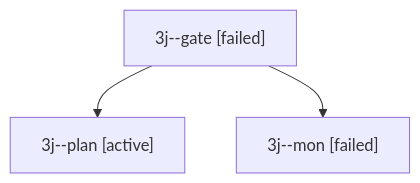
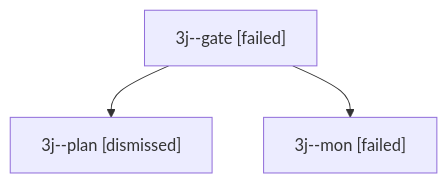
Before and after one commit to bobs-org/bob-cli--agents: the diagram in sessions/bbugyi200.apollo.3j.md, drawn with Mermaid. The commit also changed other lines of this file and 24 other files, not shown here.

````diff
--- a/sessions/bbugyi200.apollo.3j.md
+++ b/sessions/bbugyi200.apollo.3j.md
@@ -9,8 +9,8 @@
 ```mermaid
 flowchart TD
   n0["3j--gate [failed]"]
-  n1["3j--plan [active]"]
+  n1["3j--plan [dismissed]"]
   n0 --> n1
   n2["3j--mon [failed]"]
   n0 --> n2
 ```
````
